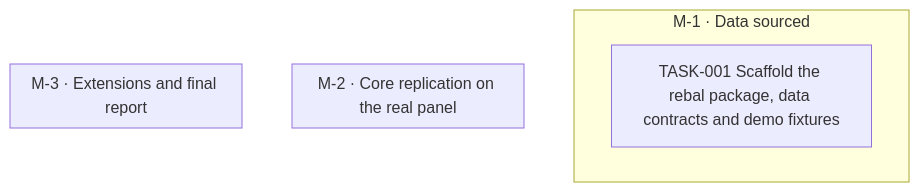
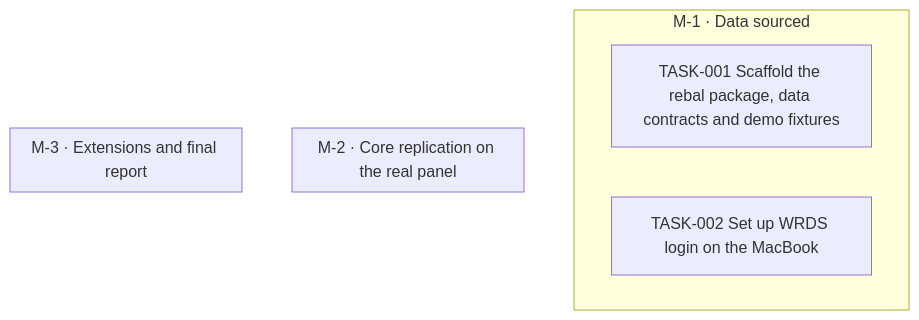
One commit to jesusvillota/replicate changed the diagram in goals/hmm-rebalancing/README.md. Above: the diagram before and after it, drawn with Mermaid. The commit also changed 1 other file, not shown here.

Commit message:
goal(hmm-rebalancing): add TASK-002 Set up WRDS login on the MacBook

````diff
--- a/goals/hmm-rebalancing/README.md
+++ b/goals/hmm-rebalancing/README.md
@@ -126,13 +126,14 @@
 ```mermaid
 flowchart TD
   subgraph M_1["M-1 · Data sourced"]
     TASK_001["TASK-001 Scaffold the rebal package, data contracts and demo fixtures"]
+    TASK_002["TASK-002 Set up WRDS login on the MacBook"]
   end
   subgraph M_2["M-2 · Core replication on the real panel"]
   end
   subgraph M_3["M-3 · Extensions and final report"]
   end
   classDef draft stroke-dasharray: 4 3
   classDef cancelled opacity:0.45
   classDef decision fill:#f3e8ff,stroke:#7c3aed
 ```
````
